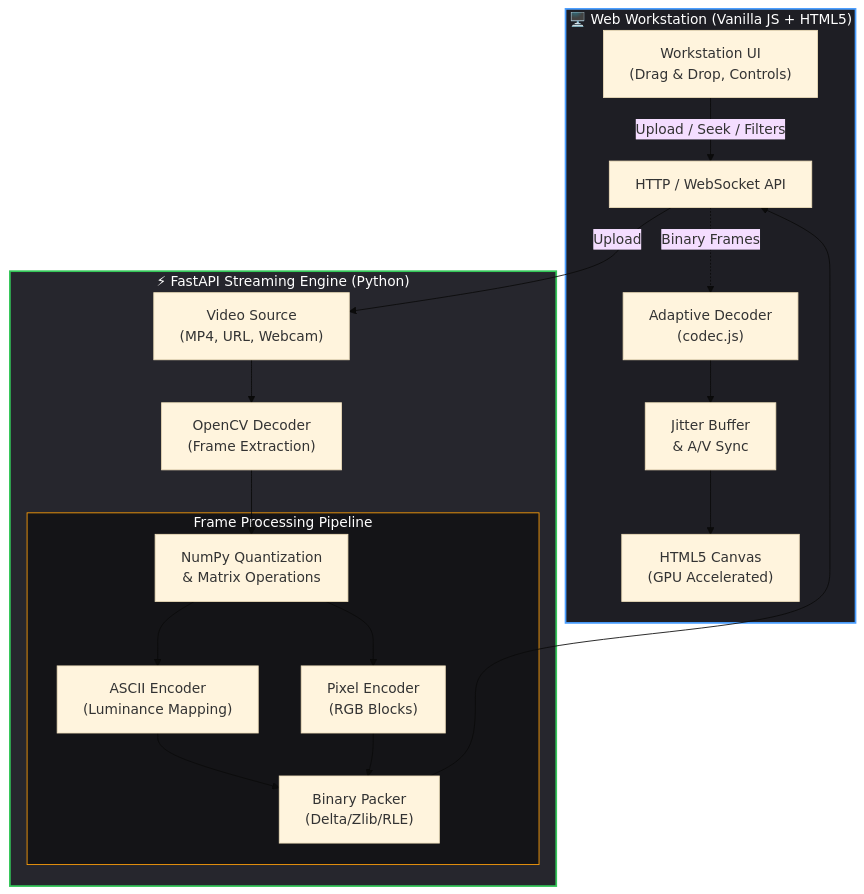
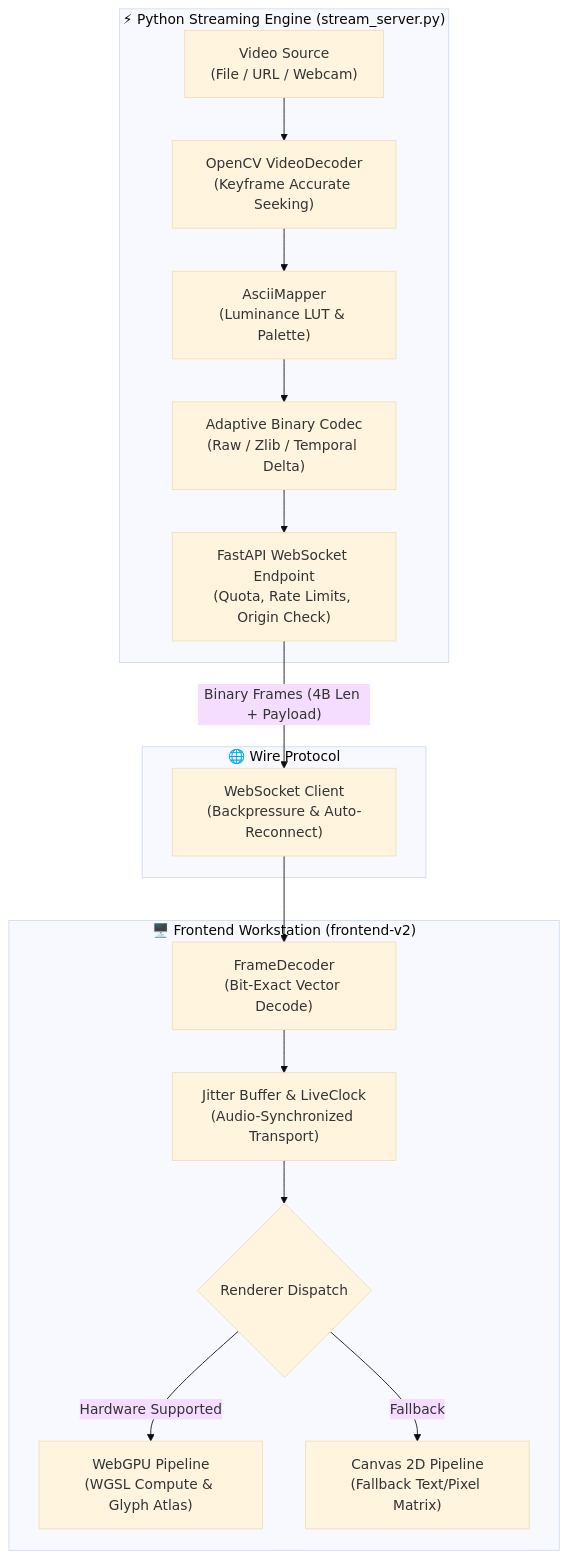
The diagram in README.md (kushal98457-ctrl/ASCILINE), drawn with Mermaid (base theme) before and after one commit. The commit also changed other lines of this file and 5 other files, not shown here.

Commit message:
docs: harmonize architecture documentation, attribution, and project governance

````diff
--- a/README.md
+++ b/README.md
@@ -87,46 +85,39 @@
 ```mermaid
 flowchart TD
-    %% Styling
-    classDef client fill:#1E1E24,stroke:#4a9eff,stroke-width:2px,color:#fff
-    classDef server fill:#26262d,stroke:#34c759,stroke-width:2px,color:#fff
-    classDef processing fill:#141417,stroke:#ff9f0a,stroke-width:1px,color:#fff
+    subgraph Server ["⚡ Python Streaming Engine (stream_server.py)"]
+        Source["Video Source
+(File / URL / Webcam)"]
+        Decoder["OpenCV VideoDecoder
+(Keyframe Accurate Seeking)"]
+        Mapper["AsciiMapper
+(Luminance LUT & Palette)"]
+        Codec["Adaptive Binary Codec
+(Raw / Zlib / Temporal Delta)"]
+        WS_Server["FastAPI WebSocket Endpoint
+(Quota, Rate Limits, Origin Check)"]
 
-    subgraph Client ["🖥️ Web Workstation (Vanilla JS + HTML5)"]
-        UI["Workstation UI\n(Drag & Drop, Controls)"]
-        Buffer["Jitter Buffer\n& A/V Sync"]
-        Decode["Adaptive Decoder\n(codec.js)"]
-        Canvas["HTML5 Canvas\n(GPU Accelerated)"]
-        
-        UI -->|Upload / Seek / Filters| API
-        API -.->|Binary Frames| Decode
-        Decode --> Buffer
-        Buffer --> Canvas
+        Source --> Decoder --> Mapper --> Codec --> WS_Server
     end
 
-    subgraph Server ["⚡ FastAPI Streaming Engine (Python)"]
-        API["HTTP / WebSocket API"]
-        Source["Video Source\n(MP4, URL, Webcam)"]
-        OpenCV["OpenCV Decoder\n(Frame Extraction)"]
-        
-        subgraph Pipeline ["Frame Processing Pipeline"]
-            Quant["NumPy Quantization\n& Matrix Operations"]
-            ASCII["ASCII Encoder\n(Luminance Mapping)"]
-            Pixel["Pixel Encoder\n(RGB Blocks)"]
-            Compress["Binary Packer\n(Delta/Zlib/RLE)"]
-            
-            Quant --> ASCII
-            Quant --> Pixel
-            ASCII --> Compress
-            Pixel --> Compress
-        end
-        
-        API -->|Upload| Source
-        Source --> OpenCV
-        OpenCV --> Quant
-        Compress --> API
+    subgraph Wire ["🌐 Wire Protocol"]
+        WS_Server -->|"Binary Frames (4B Len + Payload)"| WS_Client
     end
 
-    class Client client
-    class Server server
-    class Pipeline processing
+    subgraph Client ["🖥️ Frontend Workstation (frontend-v2)"]
+        WS_Client["WebSocket Client
+(Backpressure & Auto-Reconnect)"]
+        FDecoder["FrameDecoder
+(Bit-Exact Vector Decode)"]
+        Jitter["Jitter Buffer & LiveClock
+(Audio-Synchronized Transport)"]
+        Renderer{"Renderer Dispatch"}
+        WebGPU["WebGPU Pipeline
+(WGSL Compute & Glyph Atlas)"]
+        Canvas2D["Canvas 2D Pipeline
+(Fallback Text/Pixel Matrix)"]
+
+        WS_Client --> FDecoder --> Jitter --> Renderer
+        Renderer -->|Hardware Supported| WebGPU
+        Renderer -->|Fallback| Canvas2D
+    end
 ```
````
